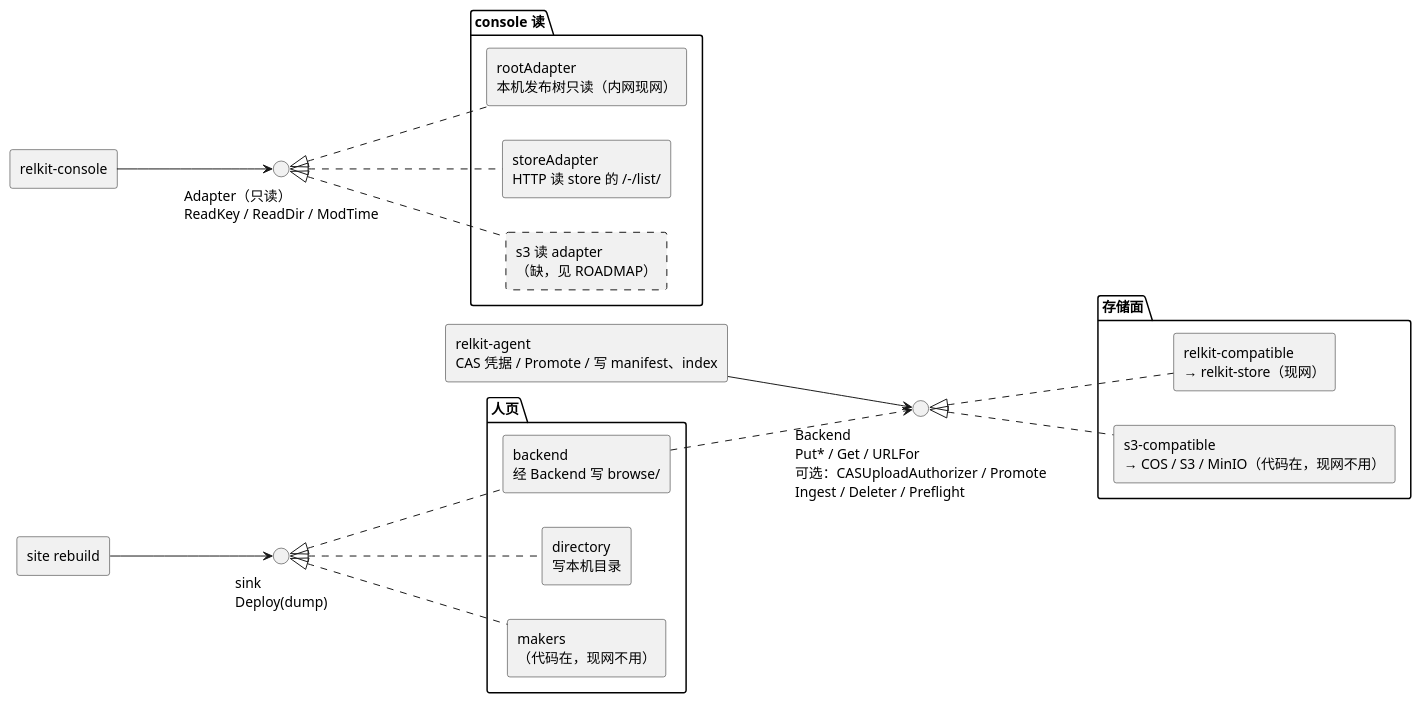
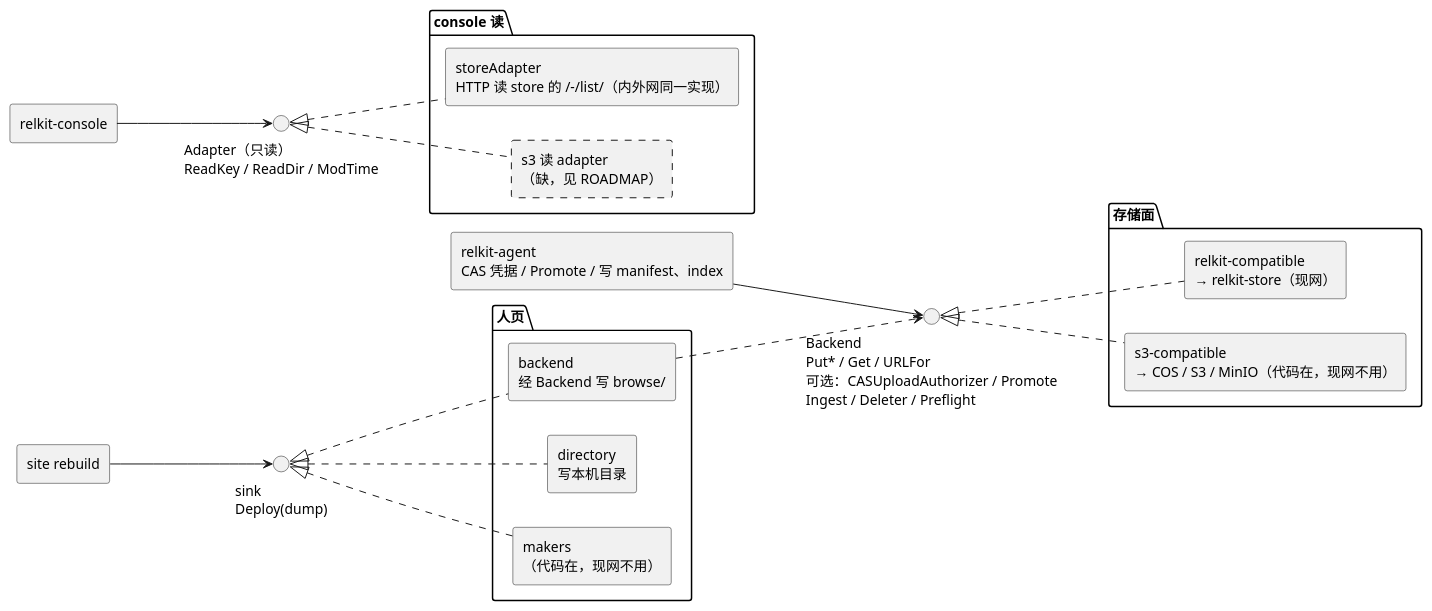
The sixth of 6 diagrams in docs/design/topology.md (shichao402/relkit), drawn with PlantUML before and after one commit. The commit also changed other lines of this file and 37 other files, not shown here.

First line of the commit message:
console: drop rootAdapter and download stats; read tree only via store

````diff
--- a/docs/design/topology.md
+++ b/docs/design/topology.md
@@ -273,45 +273,43 @@
 ```plantuml
 @startuml
 skinparam shadowing false
 skinparam componentStyle rectangle
 left to right direction
 
 component "relkit-agent\nCAS 凭据 / Promote / 写 manifest、index" as agent
 component "site rebuild" as rebuild
 component "relkit-console" as console
 
 interface "Backend\nPut* / Get / URLFor\n可选：CASUploadAuthorizer / Promote\nIngest / Deleter / Preflight" as IB
 interface "sink\nDeploy(dump)" as IS
 interface "Adapter（只读）\nReadKey / ReadDir / ModTime" as IA
 
 agent --> IB
 rebuild --> IS
 console --> IA
 
 package "存储面" {
   [relkit-compatible\n→ relkit-store（现网）] as rc
   [s3-compatible\n→ COS / S3 / MinIO（代码在，现网不用）] as s3
 }
 IB <|.. rc
 IB <|.. s3
 
 package "人页" {
   [backend\n经 Backend 写 browse/] as sb
   [directory\n写本机目录] as sd
   [makers\n（代码在，现网不用）] as sm
 }
 IS <|.. sb
 IS <|.. sd
 IS <|.. sm
 sb ..> IB
 
 package "console 读" {
-  [rootAdapter\n本机发布树只读（内网现网）] as ra
-  [storeAdapter\nHTTP 读 store 的 /-/list/] as sa
+  [storeAdapter\nHTTP 读 store 的 /-/list/（内外网同一实现）] as sa
   [s3 读 adapter\n（缺，见 ROADMAP）] as s3r #line.dashed
 }
-IA <|.. ra
 IA <|.. sa
 IA <|.. s3r
 @enduml
 ```
````
